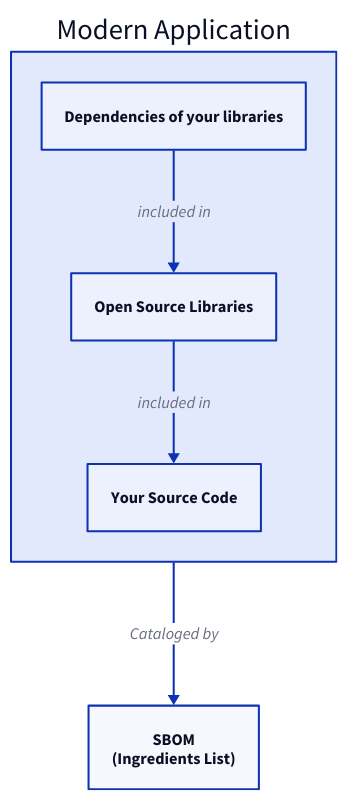
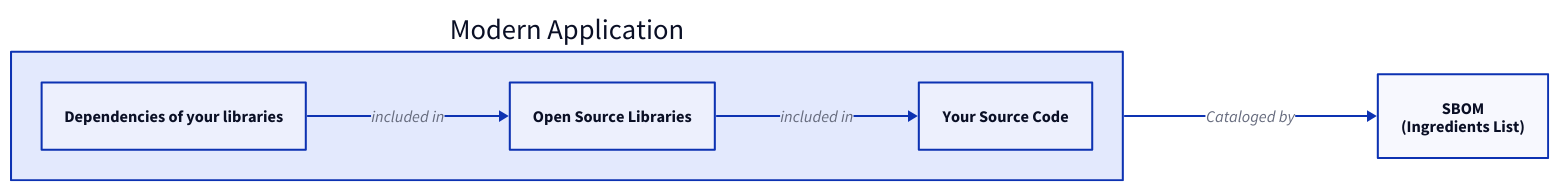
Before and after one commit to sbomify/sbomify.com: the diagram in _d2/what-is-sbom.d2, drawn with D2. The commit also changed 3 other files, not shown here.

```diff
--- a/_d2/what-is-sbom.d2
+++ b/_d2/what-is-sbom.d2
@@ -1,38 +1,39 @@
-direction: down
+direction: right
 
 Software Product: {
   class: group
   label: "Modern Application"
+  direction: down
   
   Transitive: {
     class: secondary
     label: "Dependencies of your libraries"
   }
 
   Open Source: {
     class: accent
     label: "Open Source Libraries"
   }
 
   Source Code: {
     class: primary
     label: "Your Source Code"
   }
 
   Transitive -> Open Source: "included in" {
     class: flow-pink
   }
 
   Open Source -> Source Code: "included in" {
     class: flow
   }
 }
 
 SBOM: {
   class: primary
   label: "SBOM\n(Ingredients List)"
 }
 
 Software Product -> SBOM: "Cataloged by" {
   class: flow
 }
```
